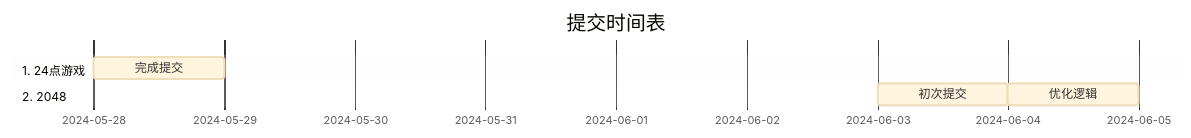
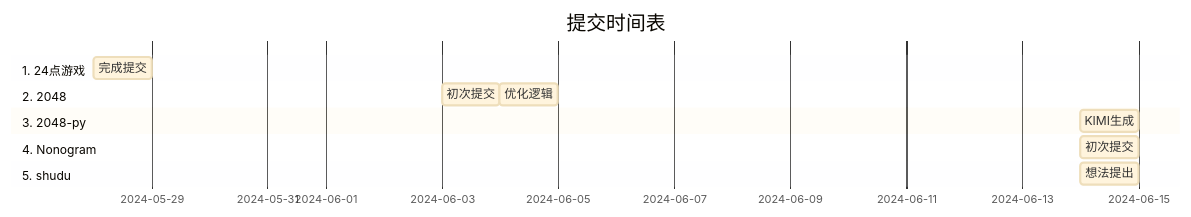
One commit to bugzzhou/everything changed the diagram in README.md. Above: the diagram before and after it, drawn with Mermaid. The commit also changed 7 other files, not shown here.

````diff
--- a/README.md
+++ b/README.md
@@ -10,14 +10,23 @@
 ```mermaid
 %%{init: {'theme': 'base', 'gantt': { 'displayMode': 'compact' }}}%%
 gantt
     title 提交时间表
     dateFormat  YYYY-MM-DD
     axisFormat  %Y-%m-%d
 
     section 1. 24点游戏
     完成提交 :a1, 2024-05-28, 1d
 
     section 2. 2048
     初次提交 :b1, 2024-06-03, 1d
     优化逻辑 :b2, 2024-06-04, 1d
+
+    section 3. 2048-py
+    KIMI生成 :b1, 2024-06-14, 1d
+
+    section 4. Nonogram
+    初次提交 :b1, 2024-06-14, 1d
+
+    section 5. shudu
+    想法提出 :b1, 2024-06-14, 1d
 ```
````
